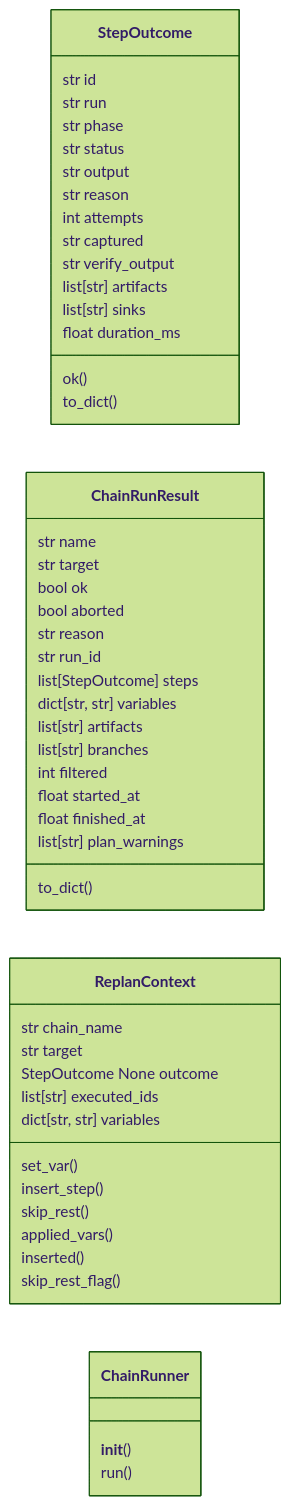
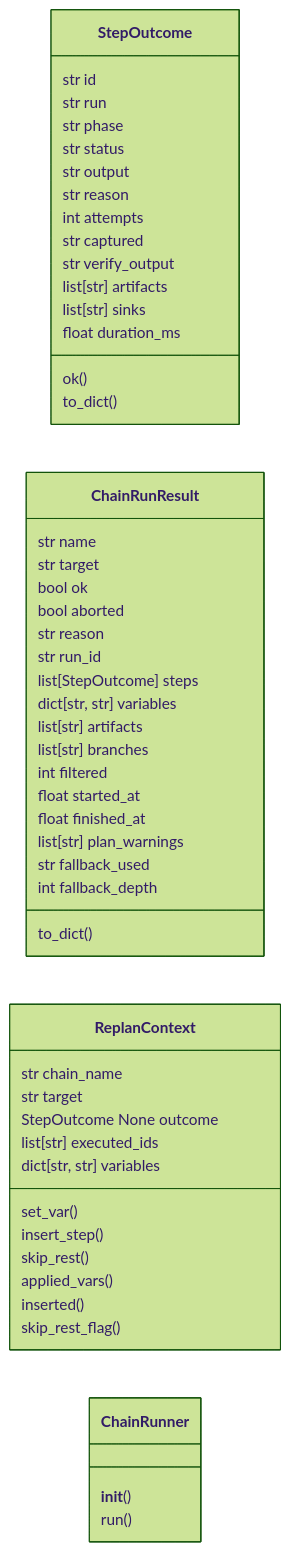
Before and after one commit to grisuno/LazyOwn: the first of 2 diagrams in readmenator-apidocs/modules/modules.chain_runner.py.md, drawn with Mermaid (forest theme). The commit also changed other lines of this file and 199 other files, not shown here.

````diff
--- a/readmenator-apidocs/modules/modules.chain_runner.py.md
+++ b/readmenator-apidocs/modules/modules.chain_runner.py.md
@@ -22,50 +23,52 @@
 ```mermaid
 classDiagram
     direction LR
     class StepOutcome
     StepOutcome : str id
     StepOutcome : str run
     StepOutcome : str phase
     StepOutcome : str status
     StepOutcome : str output
     StepOutcome : str reason
     StepOutcome : int attempts
     StepOutcome : str captured
     StepOutcome : str verify_output
     StepOutcome : list[str] artifacts
     StepOutcome : list[str] sinks
     StepOutcome : float duration_ms
     StepOutcome : ok()
     StepOutcome : to_dict()
     class ChainRunResult
     ChainRunResult : str name
     ChainRunResult : str target
     ChainRunResult : bool ok
     ChainRunResult : bool aborted
     ChainRunResult : str reason
     ChainRunResult : str run_id
     ChainRunResult : list[StepOutcome] steps
     ChainRunResult : dict[str, str] variables
     ChainRunResult : list[str] artifacts
     ChainRunResult : list[str] branches
     ChainRunResult : int filtered
     ChainRunResult : float started_at
     ChainRunResult : float finished_at
     ChainRunResult : list[str] plan_warnings
+    ChainRunResult : str fallback_used
+    ChainRunResult : int fallback_depth
     ChainRunResult : to_dict()
     class ReplanContext
     ReplanContext : str chain_name
     ReplanContext : str target
     ReplanContext : StepOutcome  None outcome
     ReplanContext : list[str] executed_ids
     ReplanContext : dict[str, str] variables
     ReplanContext : set_var()
     ReplanContext : insert_step()
     ReplanContext : skip_rest()
     ReplanContext : applied_vars()
     ReplanContext : inserted()
     ReplanContext : skip_rest_flag()
     class ChainRunner
     ChainRunner : __init__()
     ChainRunner : run()
 ```
````
